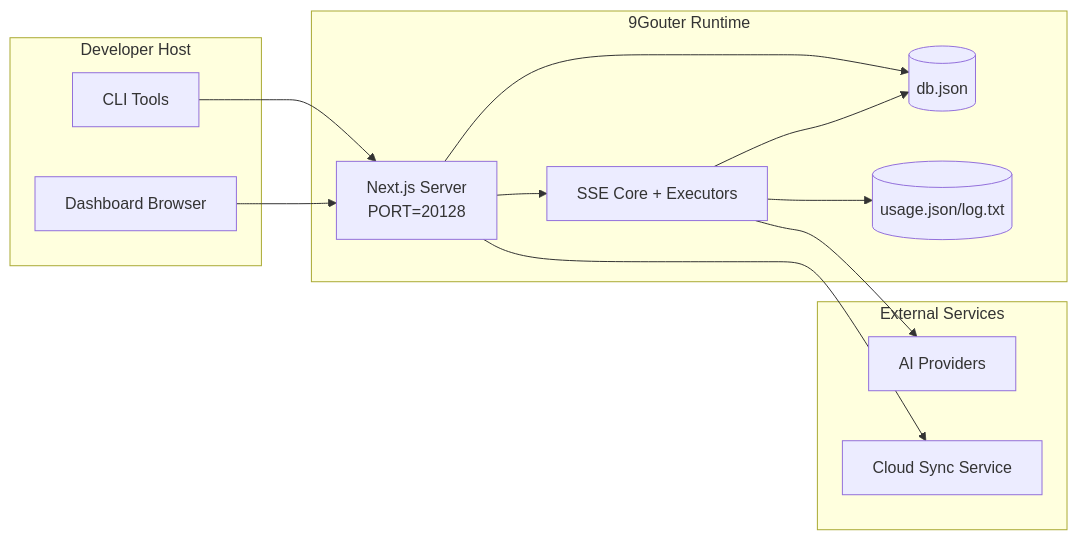
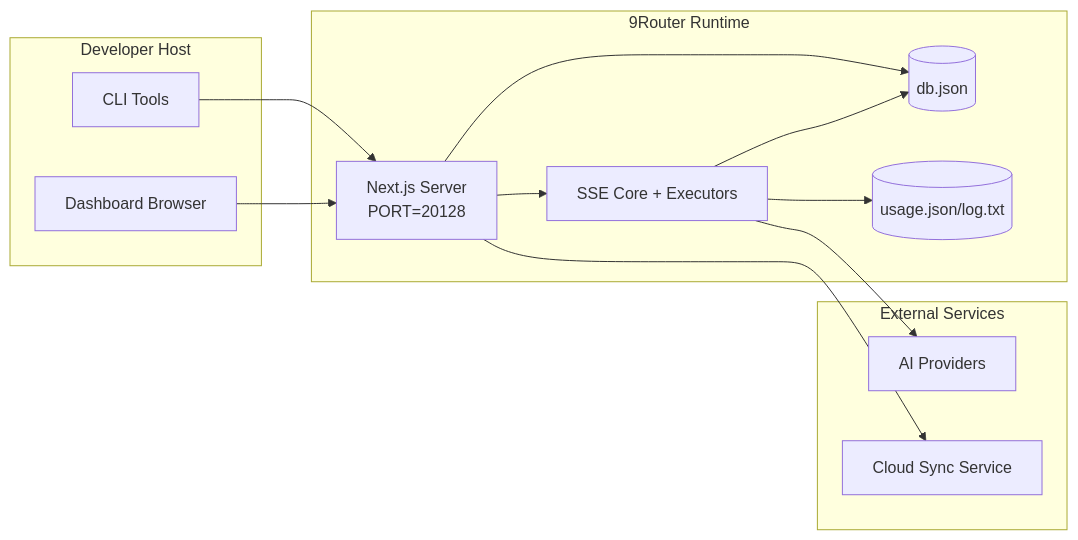
One commit to Artiffusion-Inc/9gouter changed the seventh of 7 diagrams in docs/ARCHITECTURE.md. Above: the diagram before and after it, drawn with Mermaid. The commit also changed other lines of this file and 538 other files, not shown here.

````diff
--- a/docs/ARCHITECTURE.md
+++ b/docs/ARCHITECTURE.md
@@ -387,28 +387,28 @@
 ```mermaid
 flowchart LR
     subgraph LocalHost[Developer Host]
         CLI[CLI Tools]
         Browser[Dashboard Browser]
     end
 
-    subgraph ContainerOrProcess[9Gouter Runtime]
+    subgraph ContainerOrProcess[9Router Runtime]
         Next[Next.js Server\nPORT=20128]
         Core[SSE Core + Executors]
         MainDB[(db.json)]
         UsageDB[(usage.json/log.txt)]
     end
 
     subgraph External[External Services]
         Providers[AI Providers]
         SyncCloud[Cloud Sync Service]
     end
 
     CLI --> Next
     Browser --> Next
     Next --> Core
     Next --> MainDB
     Core --> MainDB
     Core --> UsageDB
     Core --> Providers
     Next --> SyncCloud
 ```
````
